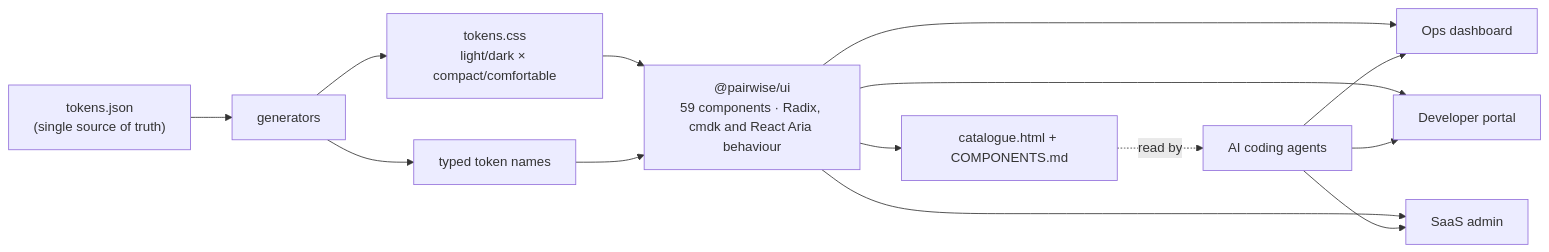
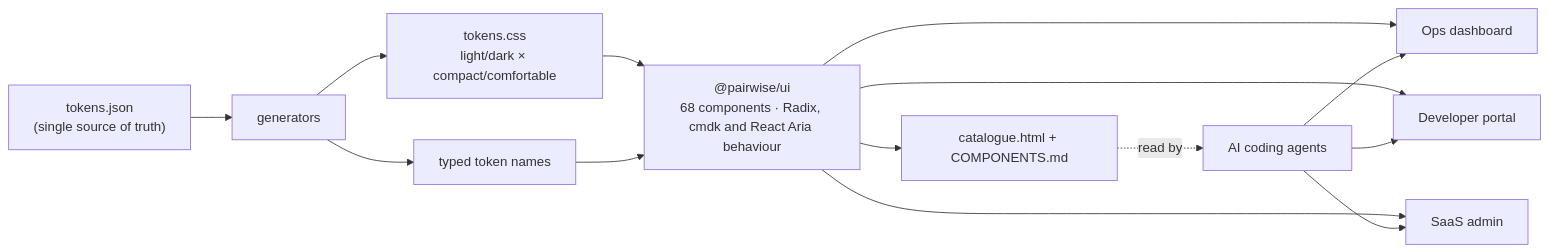
One commit to mithunmanohar/pairwise-saas-design-system changed the diagram in README.md. Above: the diagram before and after it, drawn with Mermaid. The commit also changed other lines of this file and 63 other files, not shown here.

````diff
--- a/README.md
+++ b/README.md
@@ -204,14 +217,14 @@
 ```mermaid
 flowchart LR
   T["tokens.json<br/>(single source of truth)"] --> G["generators"]
   G --> CSS["tokens.css<br/>light/dark × compact/comfortable"]
   G --> TS["typed token names"]
-  CSS --> P["@pairwise/ui<br/>59 components · Radix, cmdk and React Aria behaviour"]
+  CSS --> P["@pairwise/ui<br/>68 components · Radix, cmdk and React Aria behaviour"]
   TS --> P
   P --> D["catalogue.html + COMPONENTS.md"]
   P --> A1["Ops dashboard"]
   P --> A2["Developer portal"]
   P --> A3["SaaS admin"]
   D -. read by .-> AI["AI coding agents"]
   AI --> A1 & A2 & A3
 ```
````
